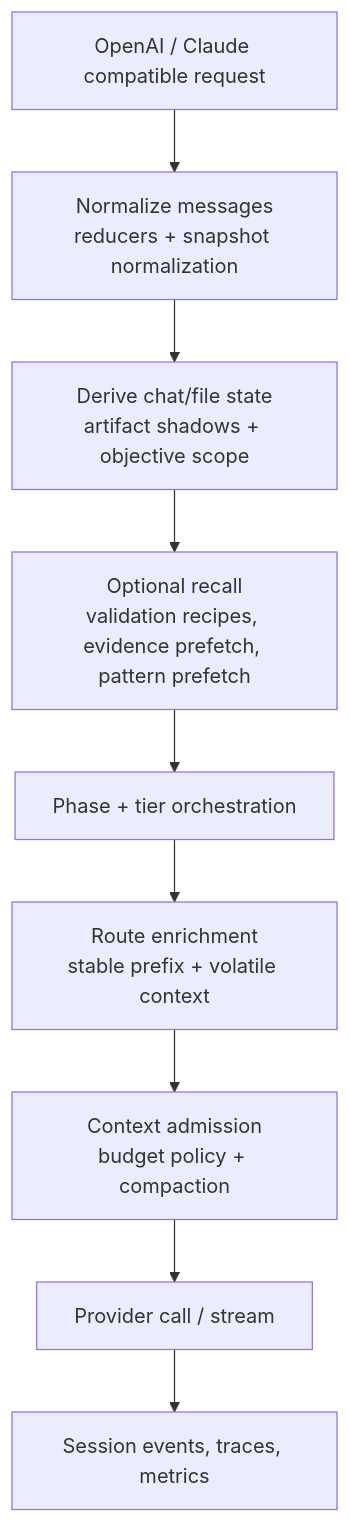
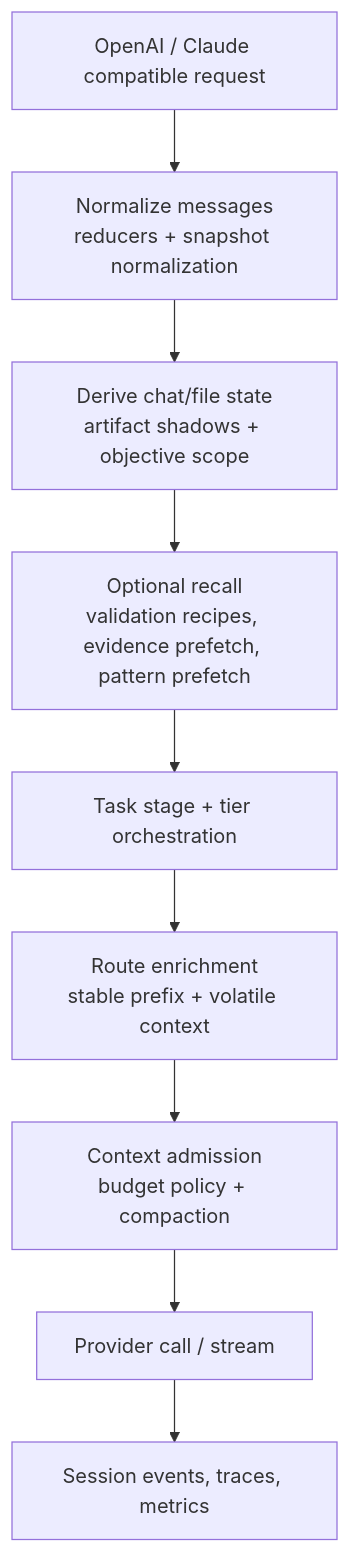
One commit to supernovae/synesis changed the diagram in docs/coder/context-and-recall-architecture.md. Above: the diagram before and after it, drawn with Mermaid. The commit also changed other lines of this file and 24 other files, not shown here.

````diff
--- a/docs/coder/context-and-recall-architecture.md
+++ b/docs/coder/context-and-recall-architecture.md
@@ -16,11 +16,11 @@
 ```mermaid
 flowchart TD
   Request["OpenAI / Claude compatible request"] --> Normalize["Normalize messages\nreducers + snapshot normalization"]
   Normalize --> State["Derive chat/file state\nartifact shadows + objective scope"]
   State --> Recall["Optional recall\nvalidation recipes, evidence prefetch, pattern prefetch"]
-  Recall --> Orchestrate["Phase + tier orchestration"]
+  Recall --> Orchestrate["Task stage + tier orchestration"]
   Orchestrate --> Frame["Route enrichment\nstable prefix + volatile context"]
   Frame --> Admission["Context admission\nbudget policy + compaction"]
   Admission --> Provider["Provider call / stream"]
   Provider --> Telemetry["Session events, traces, metrics"]
 ```
````
